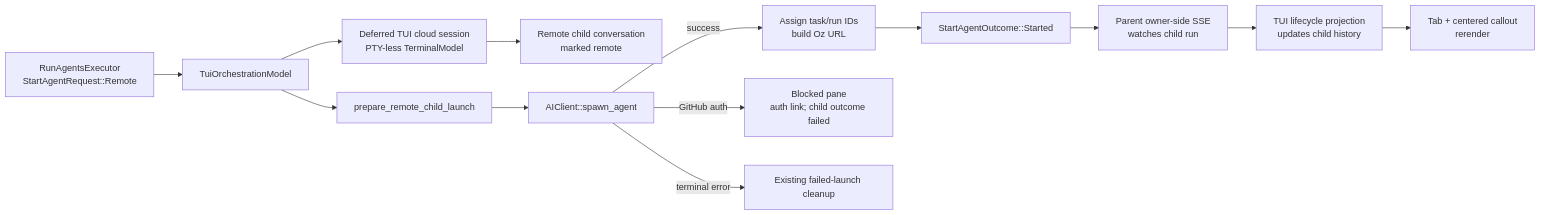
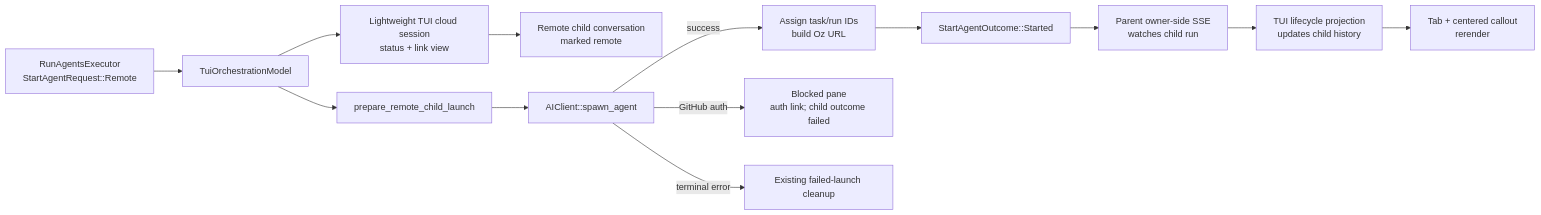
Before and after one commit to warpdotdev/warp: the diagram in specs/code-1822-tui-cloud-children/TECH.md, drawn with Mermaid. The commit also changed other lines of this file and 23 other files, not shown here.

````diff
--- a/specs/code-1822-tui-cloud-children/TECH.md
+++ b/specs/code-1822-tui-cloud-children/TECH.md
@@ -127,15 +122,15 @@
 ```mermaid
 flowchart LR
     A["RunAgentsExecutor<br/>StartAgentRequest::Remote"] --> B["TuiOrchestrationModel"]
     B --> C["prepare_remote_child_launch"]
-    B --> D["Deferred TUI cloud session<br/>PTY-less TerminalModel"]
+    B --> D["Lightweight TUI cloud session<br/>status + link view"]
     D --> E["Remote child conversation<br/>marked remote"]
     C --> F["AIClient::spawn_agent"]
     F -->|success| G["Assign task/run IDs<br/>build Oz URL"]
     G --> H["StartAgentOutcome::Started"]
     H --> I["Parent owner-side SSE<br/>watches child run"]
     I --> J["TUI lifecycle projection<br/>updates child history"]
     J --> K["Tab + centered callout<br/>rerender"]
     F -->|GitHub auth| L["Blocked pane<br/>auth link; child outcome failed"]
     F -->|terminal error| M["Existing failed-launch cleanup"]
 ```
````
